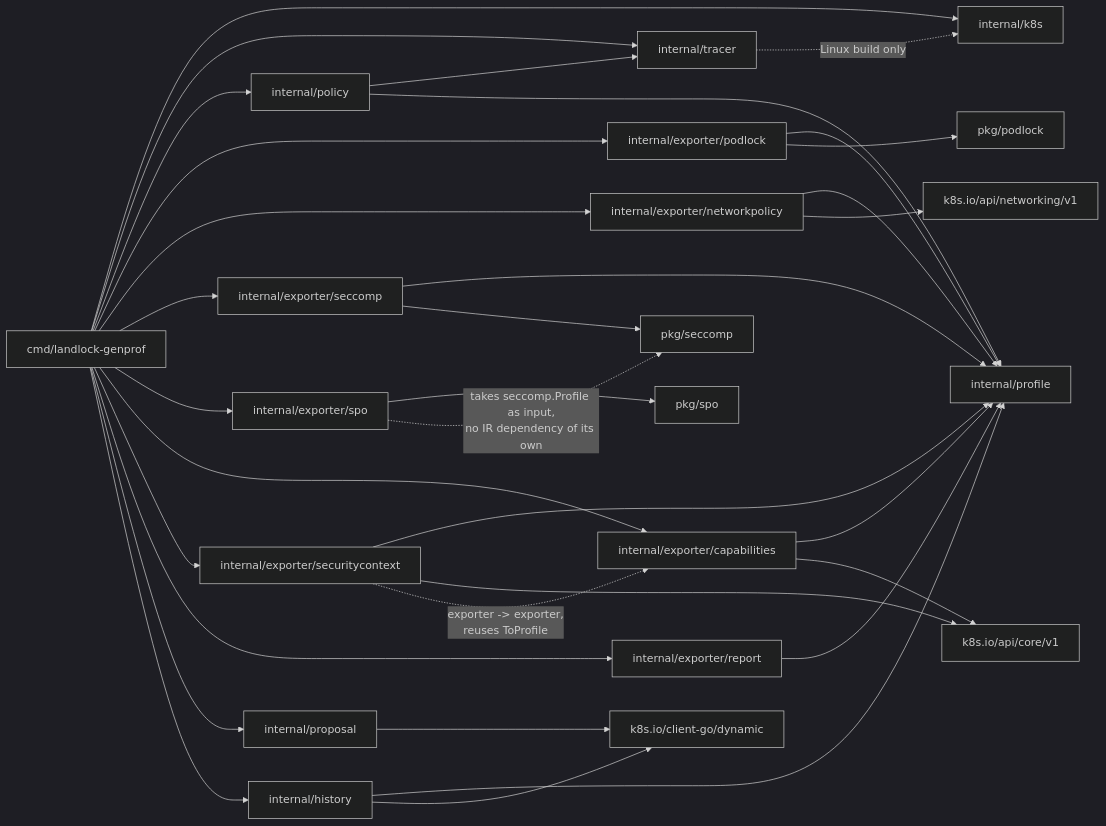
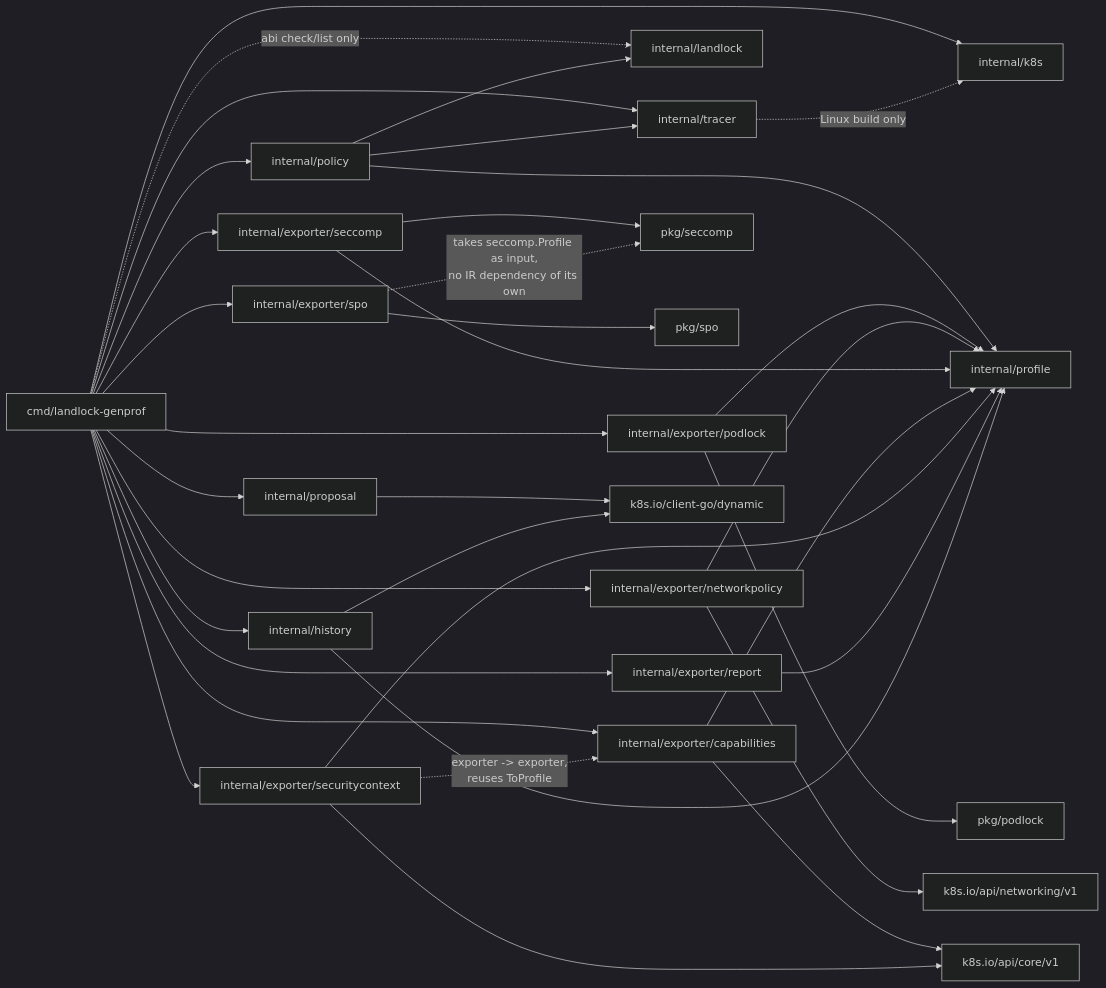
The diagram in docs/packages.md (idriss-eliguene/landlock-genprof), drawn with Mermaid (dark theme) before and after one commit. The commit also changed other lines of this file and 4 other files, not shown here.

````diff
--- a/docs/packages.md
+++ b/docs/packages.md
@@ -8,56 +8,59 @@
 ```mermaid
 flowchart LR
     cmd["cmd/landlock-genprof"]
     k8s["internal/k8s"]
     tracer["internal/tracer"]
     policy["internal/policy"]
+    landlock["internal/landlock"]
     ir["internal/profile"]
     exporter["internal/exporter/podlock"]
     podlock["pkg/podlock"]
     netexporter["internal/exporter/networkpolicy"]
     netpolicyapi["k8s.io/api/networking/v1"]
     seccompexporter["internal/exporter/seccomp"]
     seccomppkg["pkg/seccomp"]
     spoexporter["internal/exporter/spo"]
     spopkg["pkg/spo"]
     capexporter["internal/exporter/capabilities"]
     corev1api["k8s.io/api/core/v1"]
     scexporter["internal/exporter/securitycontext"]
     reportexporter["internal/exporter/report"]
     proposalpkg["internal/proposal"]
     history["internal/history"]
     dynamicclient["k8s.io/client-go/dynamic"]
 
     cmd --> k8s
     cmd --> tracer
     cmd --> policy
     cmd --> exporter
     cmd --> netexporter
     cmd --> seccompexporter
     cmd --> spoexporter
     cmd --> capexporter
     cmd --> scexporter
     cmd --> reportexporter
     cmd --> proposalpkg
     cmd --> history
+    cmd -. "abi check/list only" .-> landlock
     policy --> tracer
     policy --> ir
+    policy --> landlock
     exporter --> ir
     exporter --> podlock
     netexporter --> ir
     netexporter --> netpolicyapi
     seccompexporter --> ir
     seccompexporter --> seccomppkg
     spoexporter --> spopkg
     spoexporter -. "takes seccomp.Profile as input,<br/>no IR dependency of its own" .-> seccomppkg
     capexporter --> ir
     capexporter --> corev1api
     scexporter --> ir
     scexporter --> corev1api
     scexporter -. "exporter -> exporter,<br/>reuses ToProfile" .-> capexporter
     reportexporter --> ir
     proposalpkg --> dynamicclient
     history --> ir
     history --> dynamicclient
     tracer -. "Linux build only" .-> k8s
 ```
````
